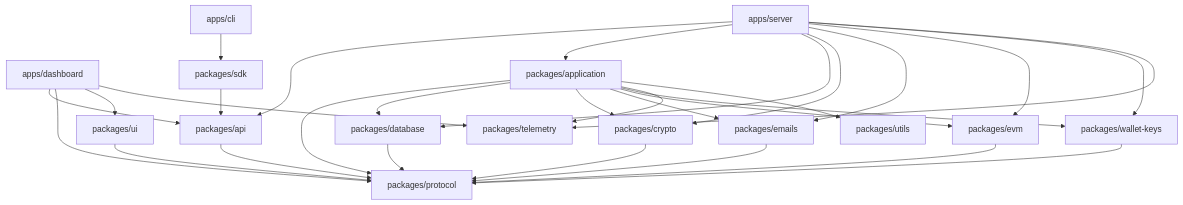
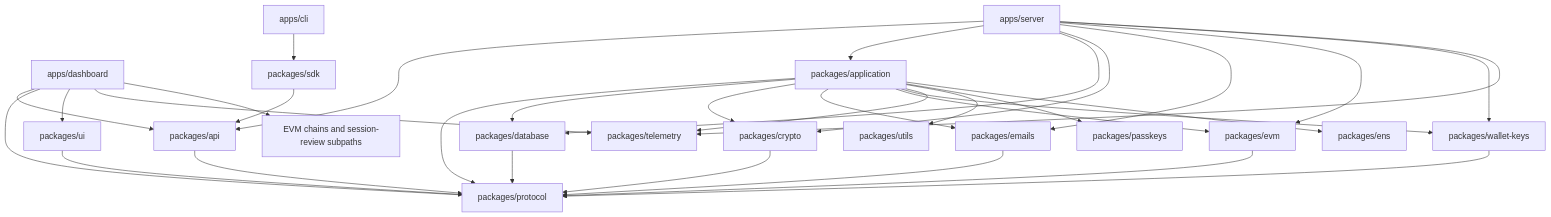
One commit to thenamespace/namera changed the diagram in architecture/engineering/repository.md. Above: the diagram before and after it, drawn with Mermaid. The commit also changed other lines of this file and 63 other files, not shown here.

Commit message:
docs: align architecture with current runtime

````diff
--- a/architecture/engineering/repository.md
+++ b/architecture/engineering/repository.md
@@ -50,36 +26,39 @@
 ```mermaid
 flowchart TD
   Dashboard[apps/dashboard] --> API[packages/api]
   Dashboard --> Protocol[packages/protocol]
   Dashboard --> UI[packages/ui]
   Dashboard --> Telemetry[packages/telemetry]
 
   Server[apps/server] --> API
   Server --> Application[packages/application]
   Server --> Database[packages/database]
   Server --> Crypto[packages/crypto]
   Server --> Emails[packages/emails]
   Server --> EVM[packages/evm]
   Server --> WalletKeys[packages/wallet-keys]
   Server --> Telemetry
 
   Application --> Protocol
   Application --> Database
   Application --> Crypto
   Application --> Emails
   Application --> EVM
   Application --> WalletKeys
   Application --> Telemetry
   Application --> Utils[packages/utils]
+  Application --> Passkeys[packages/passkeys]
+  Application --> ENS[packages/ens]
+  Dashboard --> EvmBrowser[EVM chains and session-review subpaths]
 
   API --> Protocol
   Database --> Protocol
   Crypto --> Protocol
   EVM --> Protocol
   Emails --> Protocol
   WalletKeys --> Protocol
   UI --> Protocol
 
   SDK[packages/sdk] --> API
   CLI[apps/cli] --> SDK
 ```
````
